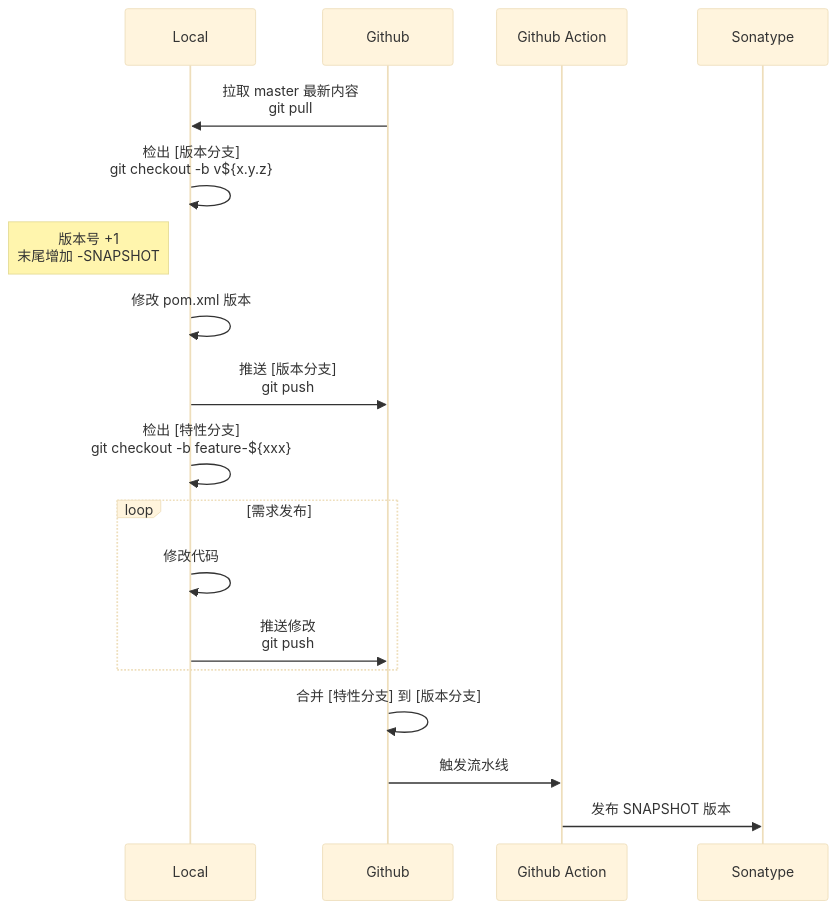
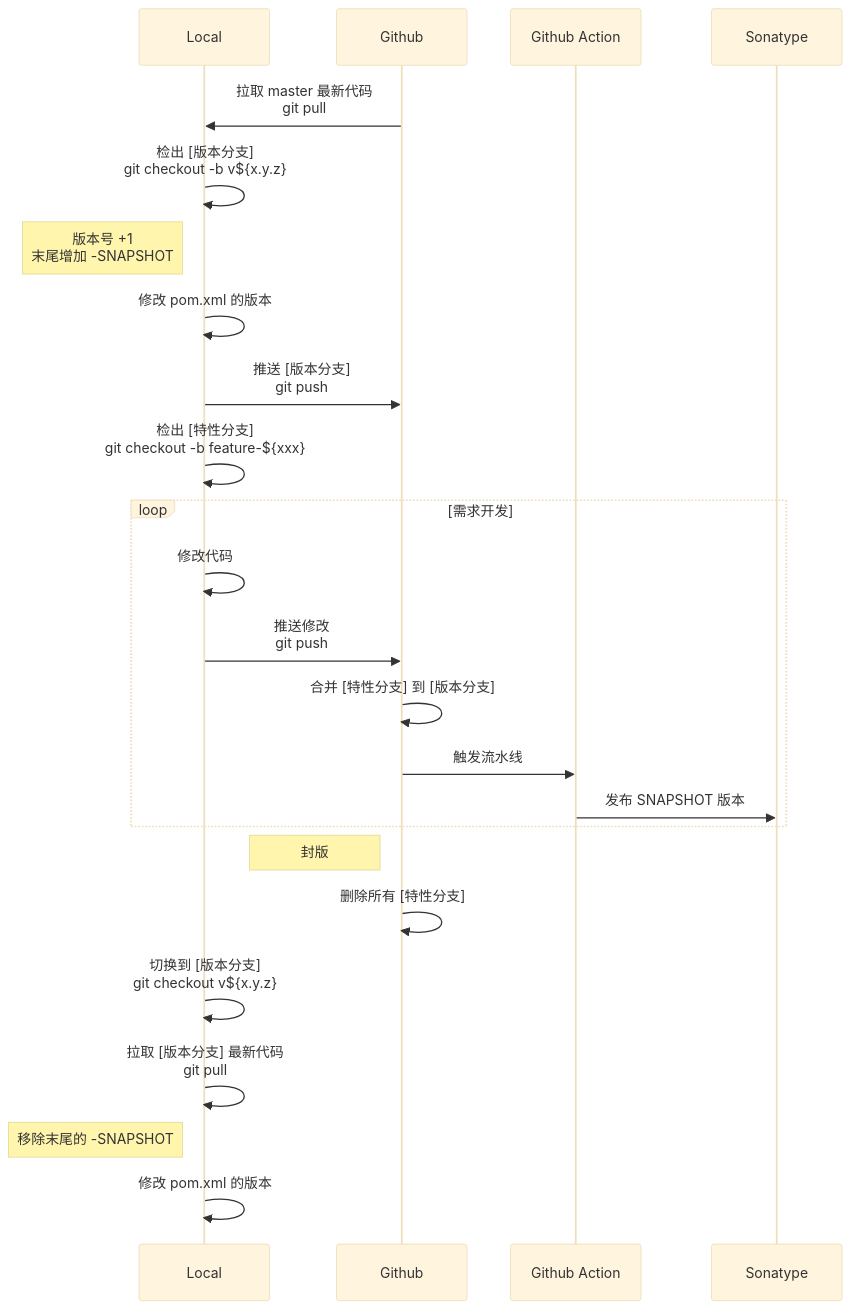
Before and after one commit to EXP-Codes/exp-libs-refactor: the diagram in DevSOP.md, drawn with Mermaid (base theme). The commit also changed other lines of this file, not shown here.

````diff
--- a/DevSOP.md
+++ b/DevSOP.md
@@ -26,20 +27,26 @@
 ```mermaid
 sequenceDiagram
     participant Local
     participant Github
     participant Github Action
     participant Sonatype
-    Github->>Local: 拉取 master 最新内容<br/>git pull
+    Github->>Local: 拉取 master 最新代码<br/>git pull
     Local->>Local: 检出 [版本分支]<br/>git checkout -b v${x.y.z}
     Note left of Local: 版本号 +1<br/>末尾增加 -SNAPSHOT
-    Local->>Local: 修改 pom.xml 版本
+    Local->>Local: 修改 pom.xml 的版本
     Local->>Github: 推送 [版本分支]<br/>git push
     Local->>Local: 检出 [特性分支]<br/>git checkout -b feature-${xxx}
-    loop 需求发布
+    loop 需求开发
         Local->>Local: 修改代码
         Local->>Github: 推送修改<br/>git push
+        Github->>Github: 合并 [特性分支] 到 [版本分支]
+        Github->>Github Action: 触发流水线
+        Github Action->>Sonatype: 发布 SNAPSHOT 版本
     end
-    Github->>Github: 合并 [特性分支] 到 [版本分支]
-    Github->>Github Action: 触发流水线
-    Github Action->>Sonatype: 发布 SNAPSHOT 版本
+    Note left of Github: 封版
+    Github->>Github: 删除所有 [特性分支]
+    Local->>Local: 切换到 [版本分支]<br/>git checkout v${x.y.z}
+    Local->>Local: 拉取 [版本分支] 最新代码<br/>git pull
+    Note left of Local: 移除末尾的 -SNAPSHOT
+    Local->>Local: 修改 pom.xml 的版本
 ```
````
